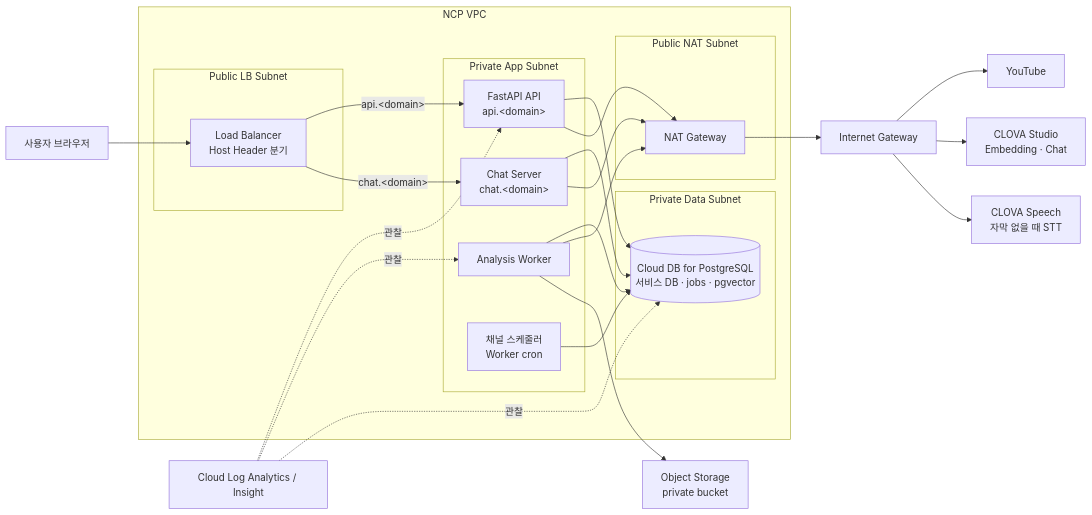
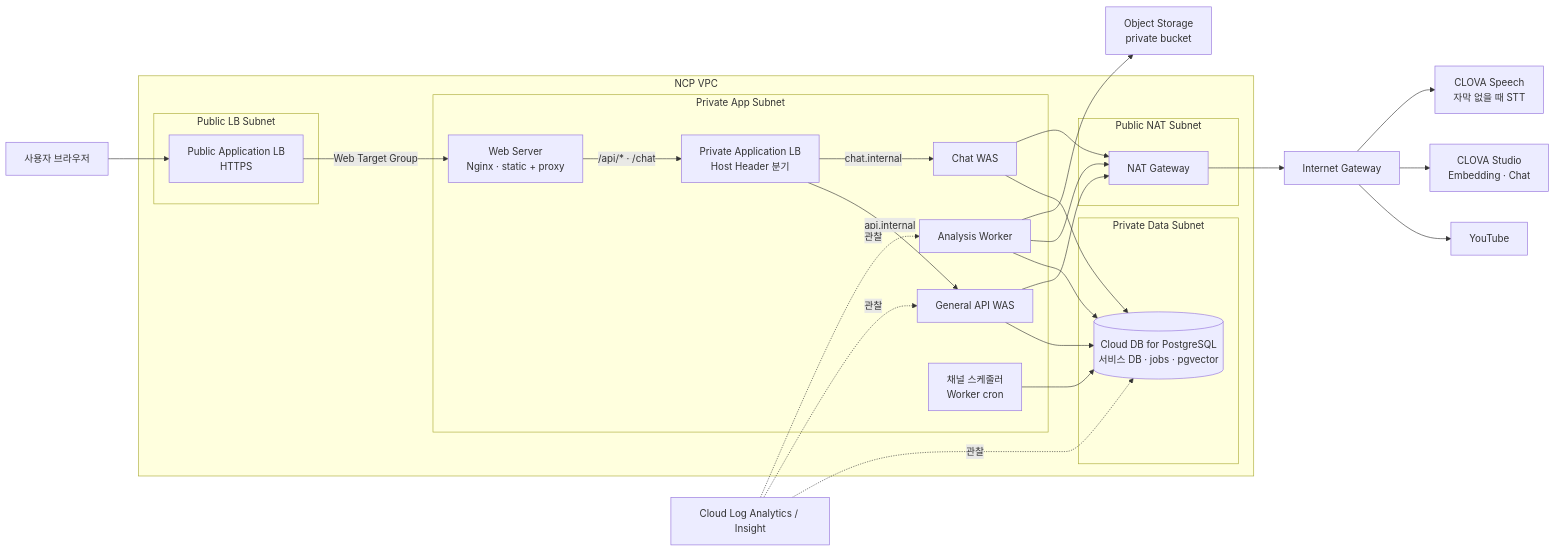
The first of 5 diagrams in docs/infra.md (ncp-ai-pro/video-rag-mvp), drawn with Mermaid before and after one commit. The commit also changed other lines of this file and 20 other files, not shown here.

```diff
--- a/docs/infra.md
+++ b/docs/infra.md
@@ -32,38 +33,42 @@
 ~~~mermaid
 flowchart LR
-    U[사용자 브라우저] --> LB[Load Balancer<br/>Host Header 분기]
+    U[사용자 브라우저] --> PLB[Public Application LB<br/>HTTPS]
     subgraph VPC[NCP VPC]
       subgraph Public[Public LB Subnet]
-        LB
+        PLB
       end
       subgraph NatPublic[Public NAT Subnet]
         NAT[NAT Gateway]
       end
       subgraph App[Private App Subnet]
-        API[FastAPI API<br/>api.&lt;domain&gt;]
-        CHAT[Chat Server<br/>chat.&lt;domain&gt;]
+        WEB[Web Server<br/>Nginx · static + proxy]
+        ILB[Private Application LB<br/>Host Header 분기]
+        API[General API WAS]
+        CHAT[Chat WAS]
         W[Analysis Worker]
         SCH[채널 스케줄러<br/>Worker cron]
       end
       subgraph Data[Private Data Subnet]
         DB[(Cloud DB for PostgreSQL<br/>서비스 DB · jobs · pgvector)]
       end
+      WEB -->|/api/* · /chat| ILB
+      ILB -->|api.internal| API
+      ILB -->|chat.internal| CHAT
       API --> DB
       CHAT --> DB
       API --> NAT
       CHAT --> NAT
       SCH --> DB
       W --> DB
       W --> NAT
     end
-    LB -->|api.&lt;domain&gt;| API
-    LB -->|chat.&lt;domain&gt;| CHAT
+    PLB -->|Web Target Group| WEB
     NAT --> IGW[Internet Gateway]
     IGW --> YT[YouTube]
     IGW --> STUDIO[CLOVA Studio<br/>Embedding · Chat]
     IGW --> SPEECH[CLOVA Speech<br/>자막 없을 때 STT]
     W --> OS[Object Storage<br/>private bucket]
     LOG[Cloud Log Analytics / Insight] -. 관찰 .-> API
     LOG -. 관찰 .-> W
     LOG -. 관찰 .-> DB
 ~~~
```
